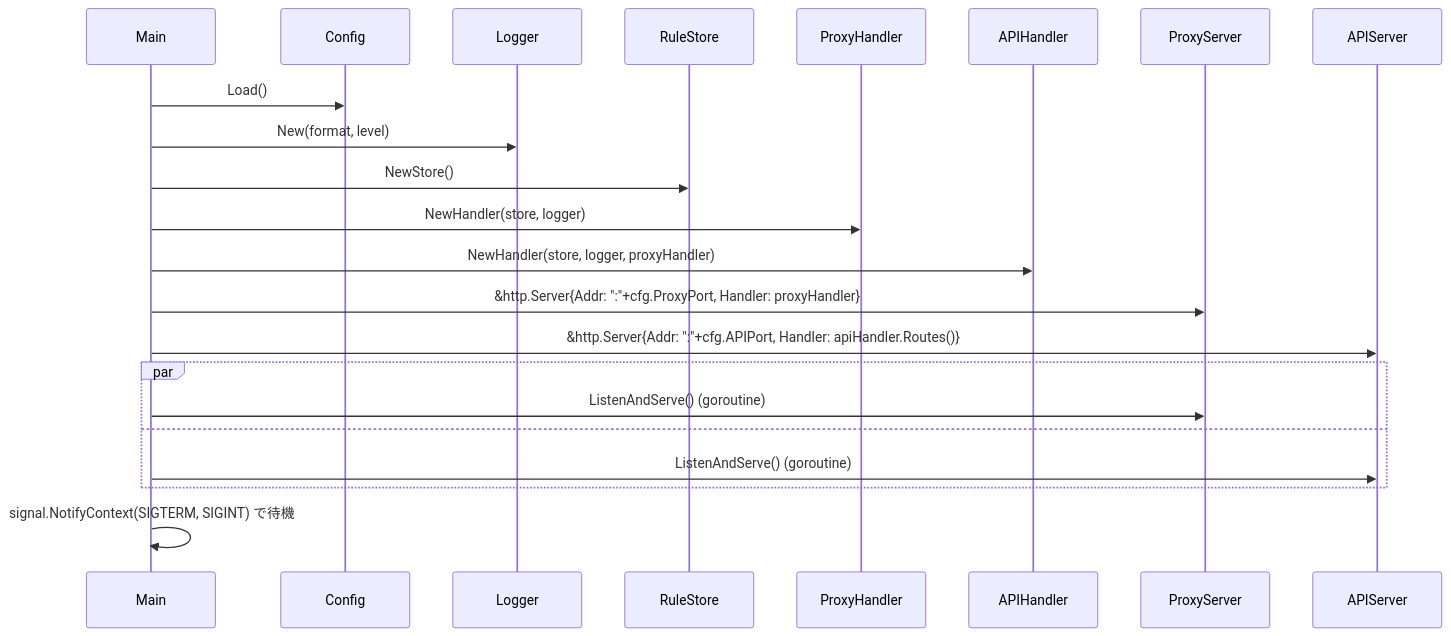
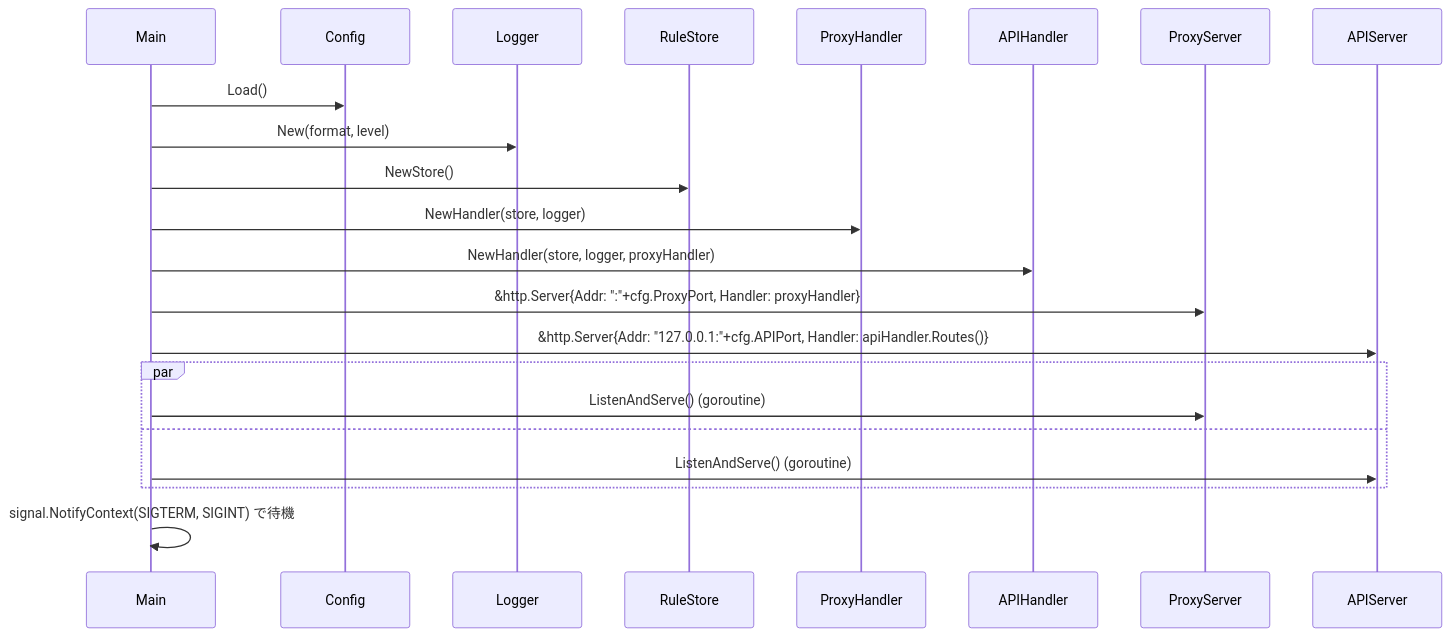
The first of 2 diagrams in docs/sdd/design/components/server.md (windschord/network-filter-proxy), drawn with Mermaid before and after one commit. The commit also changed 11 other files, not shown here.

````diff
--- a/docs/sdd/design/components/server.md
+++ b/docs/sdd/design/components/server.md
@@ -38,25 +38,25 @@
 ```mermaid
 sequenceDiagram
     participant Main
     participant Config
     participant Logger
     participant RuleStore
     participant ProxyHandler
     participant APIHandler
     participant ProxyServer
     participant APIServer
 
     Main->>Config: Load()
     Main->>Logger: New(format, level)
     Main->>RuleStore: NewStore()
     Main->>ProxyHandler: NewHandler(store, logger)
     Main->>APIHandler: NewHandler(store, logger, proxyHandler)
     Main->>ProxyServer: &http.Server{Addr: ":"+cfg.ProxyPort, Handler: proxyHandler}
-    Main->>APIServer: &http.Server{Addr: ":"+cfg.APIPort, Handler: apiHandler.Routes()}
+    Main->>APIServer: &http.Server{Addr: "127.0.0.1:"+cfg.APIPort, Handler: apiHandler.Routes()}
     par
         Main->>ProxyServer: ListenAndServe() (goroutine)
     and
         Main->>APIServer: ListenAndServe() (goroutine)
     end
     Main->>Main: signal.NotifyContext(SIGTERM, SIGINT) で待機
 ```
````
